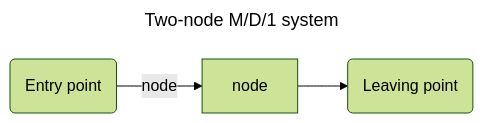
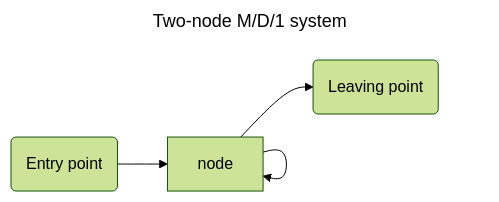
Before and after one commit to marco-create/queueing: the second of 2 diagrams in README.md, drawn with Mermaid (forest theme). The commit also changed other lines of this file, not shown here.

````diff
--- a/README.md
+++ b/README.md
@@ -19,10 +19,10 @@
 ```mermaid
 ---
 title: Two-node M/D/1 system
 ---
   graph LR;
     A("Entry point")
 
     B("Leaving point")
-      A -- node --> node --> B
+      A --> node --> node --> B
 ```
````
